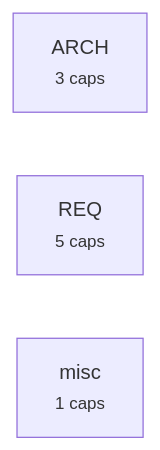
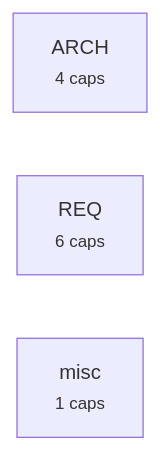
One commit to alxmax/excalidraw-diagram changed the fourth of 5 diagrams in plugin/requirements/_map.md. Above: the diagram before and after it, drawn with Mermaid. The commit also changed other lines of this file and 18 other files, not shown here.

````diff
--- a/plugin/requirements/_map.md
+++ b/plugin/requirements/_map.md
@@ -81,6 +91,6 @@
 ```mermaid
 graph LR
-  a_ARCH["ARCH<br><small>3 caps</small>"]
-  a_REQ["REQ<br><small>5 caps</small>"]
+  a_ARCH["ARCH<br><small>4 caps</small>"]
+  a_REQ["REQ<br><small>6 caps</small>"]
   a_misc["misc<br><small>1 caps</small>"]
 ```
````
